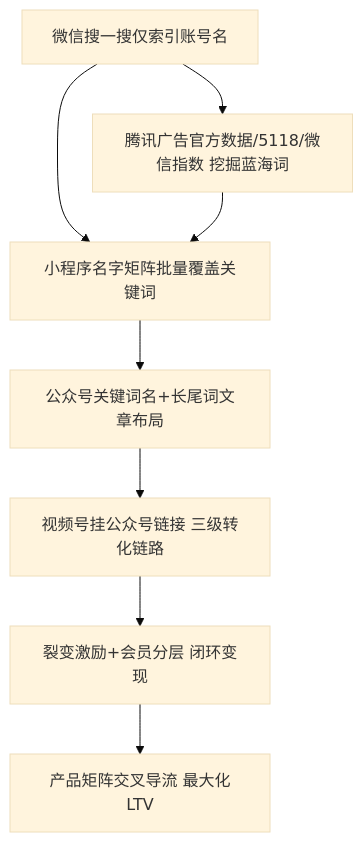
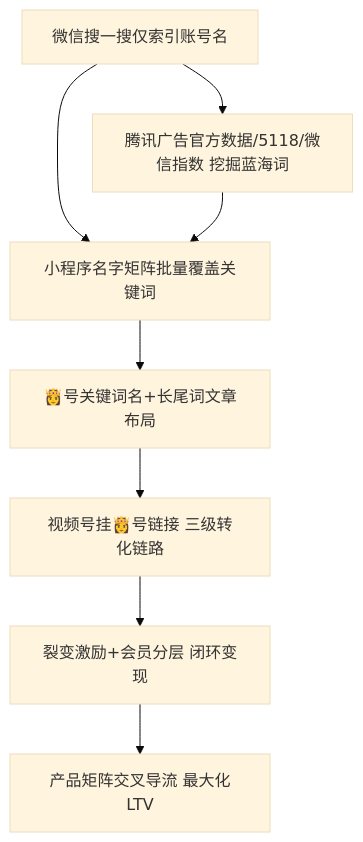
Before and after one commit to OpenDocCN1/flygon-zhuanqian-zhoubao: the second of 2 diagrams in docs/202303_paper2textbook/asset/body_91afebde3db4f5604c57de6ec8406b3e_cd9659ca9f5188a3bd5f3e6ce7781a4d_8ee346c4ef7ea9f81205b32b4505c27a_b6d767d2f8ed5d21a44b0e5886680cb9.md, drawn with Mermaid (base theme). The commit also changed other lines of this file and 6688 other files, not shown here.

````diff
--- a/docs/202303_paper2textbook/asset/body_91afebde3db4f5604c57de6ec8406b3e_cd9659ca9f5188a3bd5f3e6ce7781a4d_8ee346c4ef7ea9f81205b32b4505c27a_b6d767d2f8ed5d21a44b0e5886680cb9.md
+++ b/docs/202303_paper2textbook/asset/body_91afebde3db4f5604c57de6ec8406b3e_cd9659ca9f5188a3bd5f3e6ce7781a4d_8ee346c4ef7ea9f81205b32b4505c27a_b6d767d2f8ed5d21a44b0e5886680cb9.md
@@ -306,10 +306,10 @@
 ```mermaid
 graph TD
     A[微信搜一搜仅索引账号名] --> B[小程序名字矩阵批量覆盖关键词]
-    B --> C[公众号关键词名+长尾词文章布局]
-    C --> D[视频号挂公众号链接 三级转化链路]
+    B --> C[👸号关键词名+长尾词文章布局]
+    C --> D[视频号挂👸号链接 三级转化链路]
     D --> E[裂变激励+会员分层 闭环变现]
     E --> F[产品矩阵交叉导流 最大化LTV]
     A --> G[腾讯广告官方数据/5118/微信指数 挖掘蓝海词]
     G --> B
 ```
````
